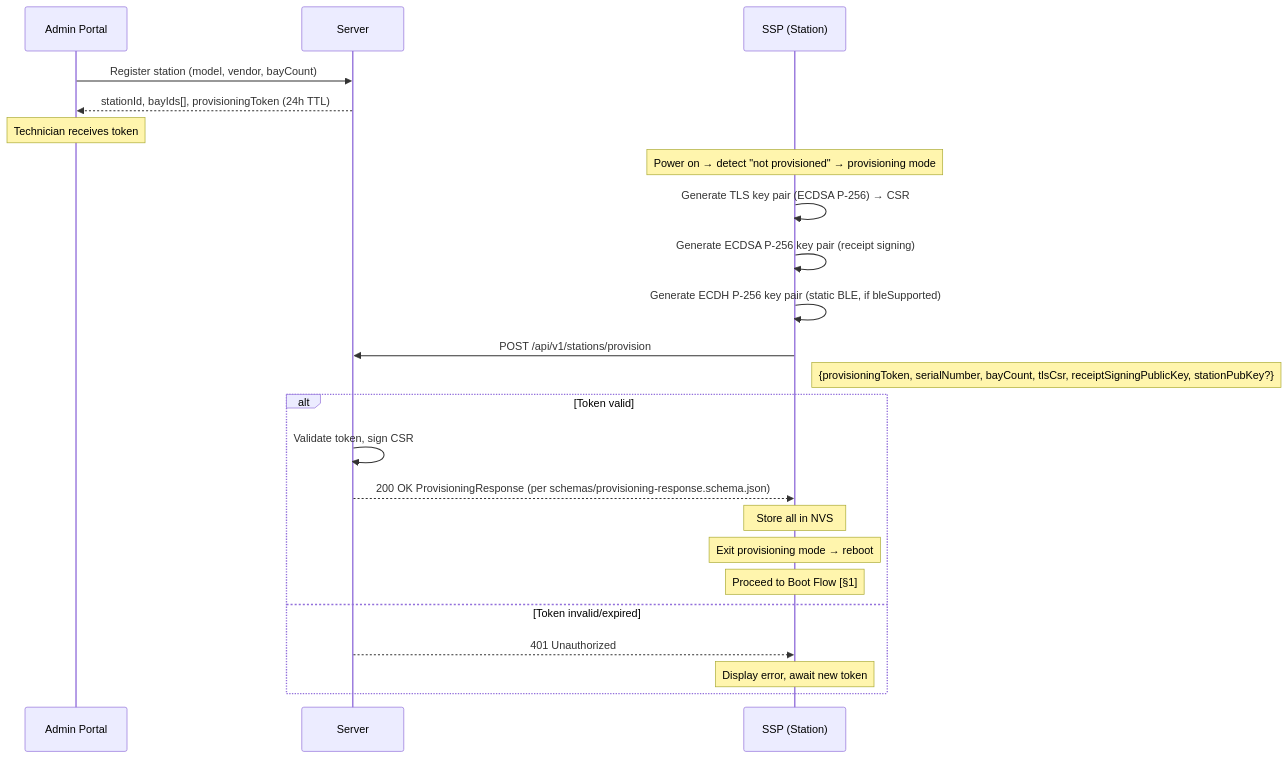
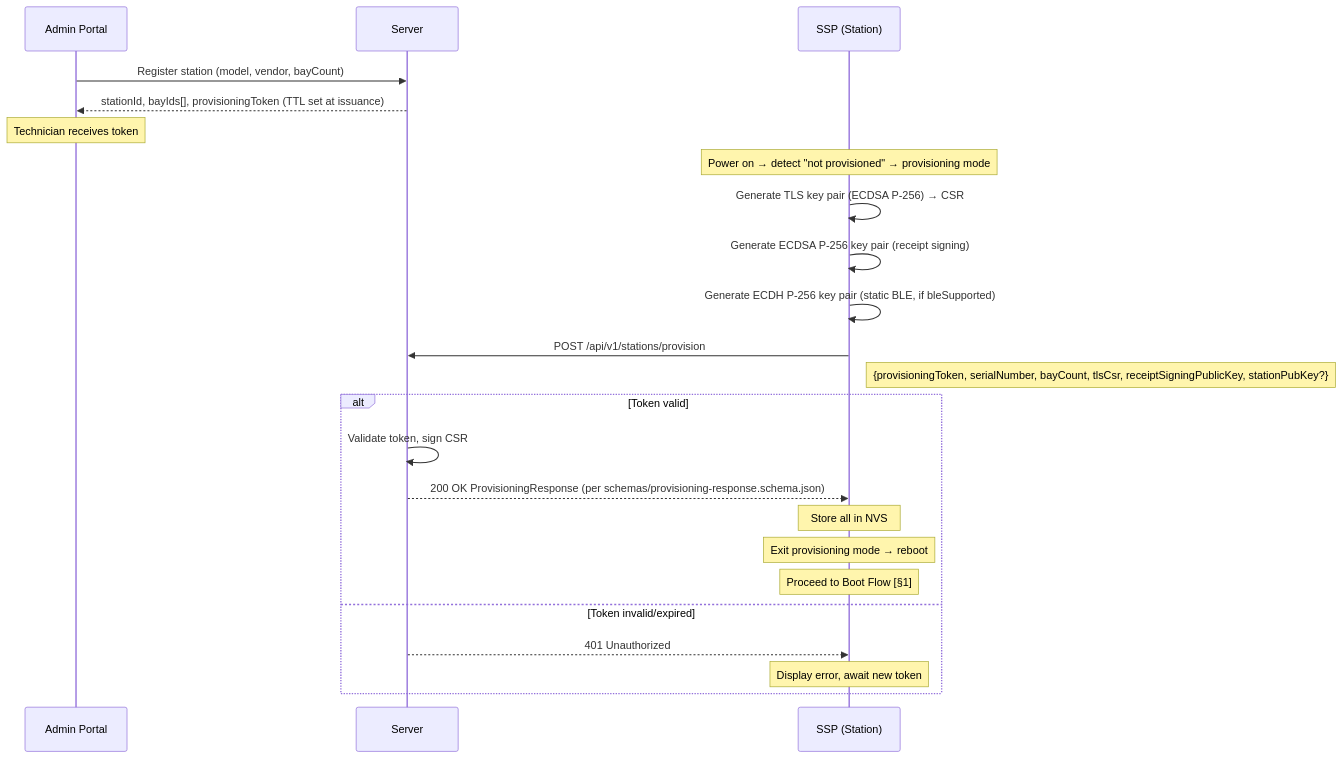
Before and after one commit to ospp-org/spec: the second of 19 diagrams in spec/04-flows.md, drawn with Mermaid. The commit also changed other lines of this file and 4 other files, not shown here.

First line of the commit message:
spec: retention scoped to token TTL, generic TTL, presence-change is drift

````diff
--- a/spec/04-flows.md
+++ b/spec/04-flows.md
@@ -198,30 +198,30 @@
 ```mermaid
 sequenceDiagram
     participant Admin as Admin Portal
     participant Server
     participant SSP as SSP (Station)
 
     Admin->>Server: Register station (model, vendor, bayCount)
-    Server-->>Admin: stationId, bayIds[], provisioningToken (24h TTL)
+    Server-->>Admin: stationId, bayIds[], provisioningToken (TTL set at issuance)
     Note over Admin: Technician receives token
 
     Note over SSP: Power on → detect "not provisioned" → provisioning mode
 
     SSP->>SSP: Generate TLS key pair (ECDSA P-256) → CSR
     SSP->>SSP: Generate ECDSA P-256 key pair (receipt signing)
     SSP->>SSP: Generate ECDH P-256 key pair (static BLE, if bleSupported)
 
     SSP->>Server: POST /api/v1/stations/provision
     Note right of SSP: {provisioningToken, serialNumber, bayCount, tlsCsr, receiptSigningPublicKey, stationPubKey?}
 
     alt Token valid
         Server->>Server: Validate token, sign CSR
         Server-->>SSP: 200 OK ProvisioningResponse (per schemas/provisioning-response.schema.json)
         Note over SSP: Store all in NVS
         Note over SSP: Exit provisioning mode → reboot
         Note over SSP: Proceed to Boot Flow [§1]
     else Token invalid/expired
         Server-->>SSP: 401 Unauthorized
         Note over SSP: Display error, await new token
     end
 ```
````
